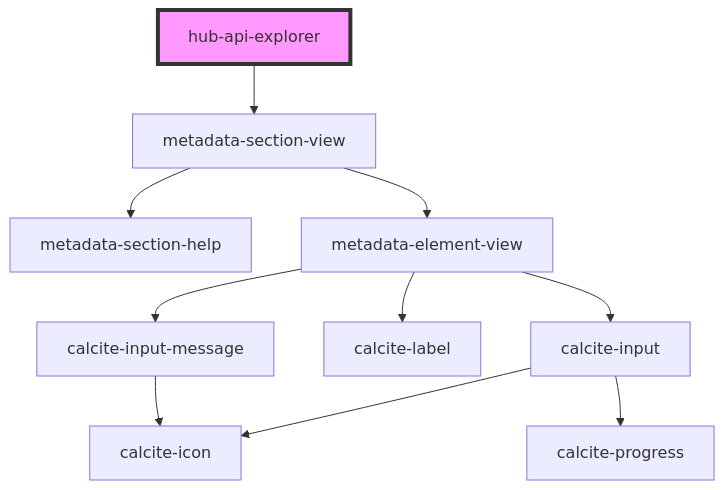
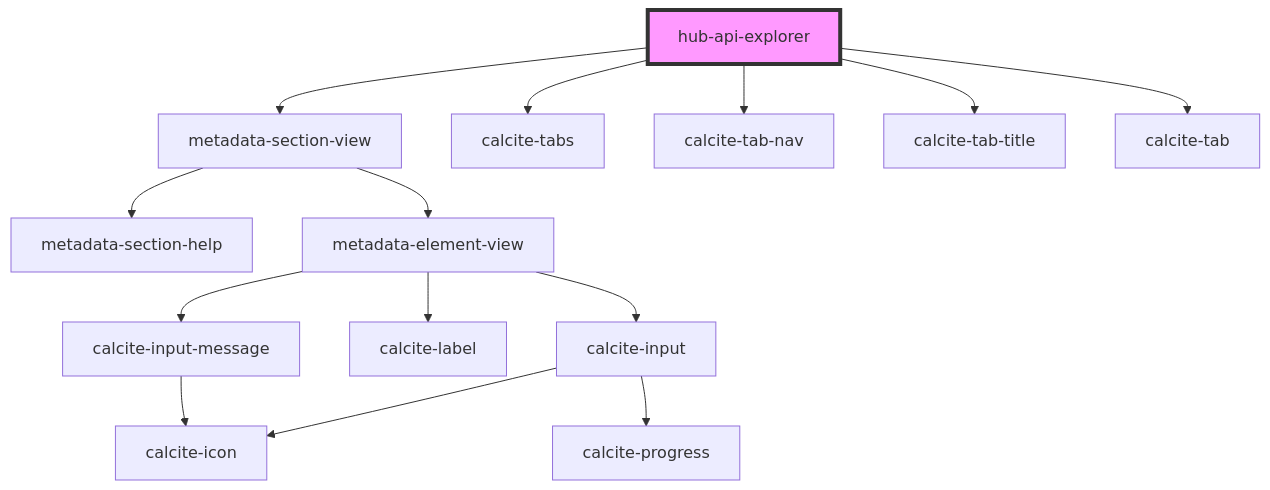
Before and after one commit to esridc/hub-components-experiments: the diagram in src/components/containers/hub-api-explorer/readme.md, drawn with Mermaid. The commit also changed other lines of this file and 3 other files, not shown here.

Commit message:
Added tabs to API explorer

````diff
--- a/src/components/containers/hub-api-explorer/readme.md
+++ b/src/components/containers/hub-api-explorer/readme.md
@@ -24,13 +28,17 @@
 ```mermaid
 graph TD;
   hub-api-explorer --> metadata-section-view
+  hub-api-explorer --> calcite-tabs
+  hub-api-explorer --> calcite-tab-nav
+  hub-api-explorer --> calcite-tab-title
+  hub-api-explorer --> calcite-tab
   metadata-section-view --> metadata-section-help
   metadata-section-view --> metadata-element-view
   metadata-element-view --> calcite-input
   metadata-element-view --> calcite-label
   metadata-element-view --> calcite-input-message
   calcite-input --> calcite-icon
   calcite-input --> calcite-progress
   calcite-input-message --> calcite-icon
   style hub-api-explorer fill:#f9f,stroke:#333,stroke-width:4px
 ```
````
